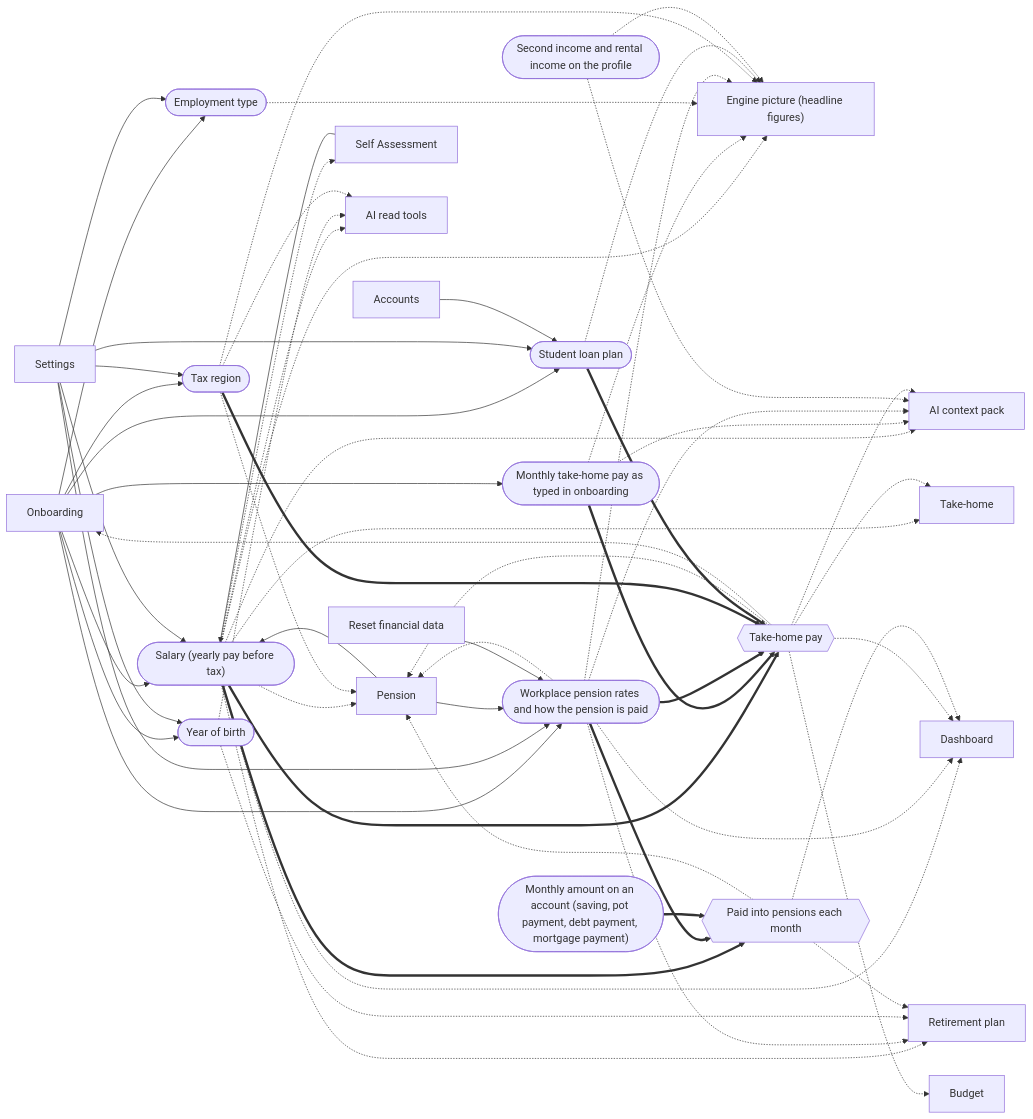
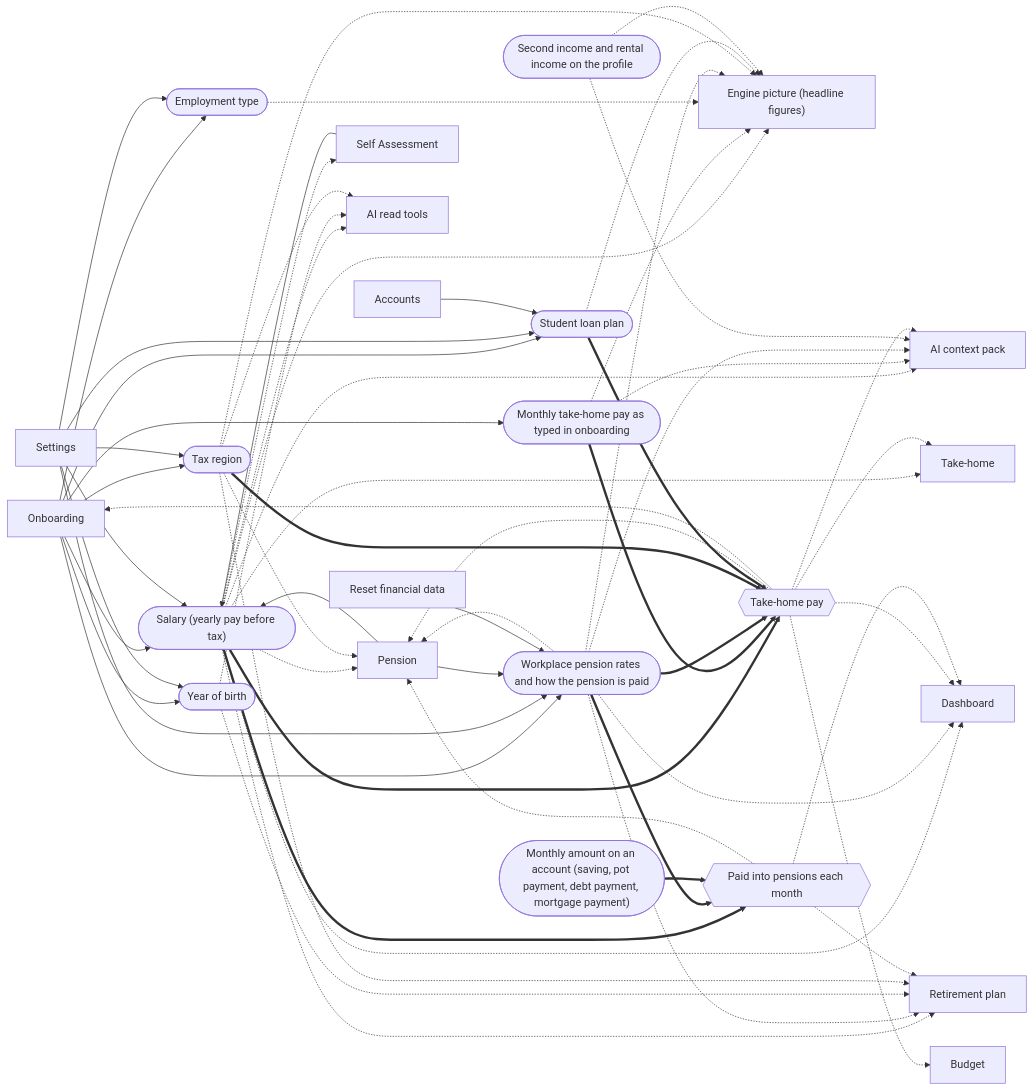
One commit to mgallagher56/flump changed the first of 8 diagrams in docs/system/generated/connections.md. Above: the diagram before and after it, drawn with Mermaid. The commit also changed other lines of this file and 34 other files, not shown here.

First line of the commit message:
feat(retirement): tax on pension withdrawals, UFPLS and the tax-free lump sum (E33 S6)

```diff
--- a/docs/system/generated/connections.md
+++ b/docs/system/generated/connections.md
@@ -63,6 +63,7 @@
   f_tax_region -.-> s_picture
   f_tax_region -.-> s_pension
   f_tax_region -.-> s_mcp_read
+  f_tax_region -.-> s_retirement
   f_student_loan_plan(["Student loan plan"])
   s_onboarding --> f_student_loan_plan
   s_settings --> f_student_loan_plan
```
